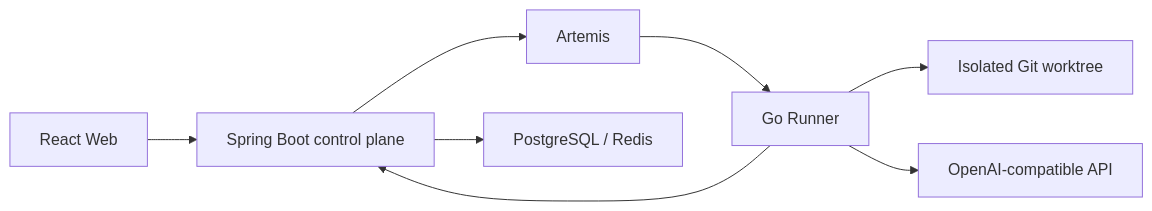
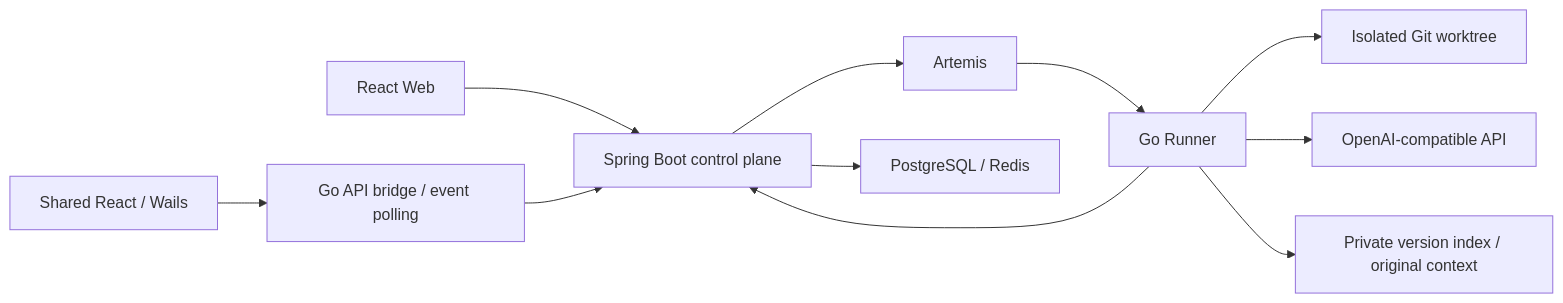
The diagram in README.en.md (lgcyuzusakura/proofcode), drawn with Mermaid before and after one commit. The commit also changed other lines of this file and 119 other files, not shown here.

````diff
--- a/README.en.md
+++ b/README.en.md
@@ -129,10 +168,12 @@
 ```mermaid
 flowchart LR
     UI["React Web"] --> CP["Spring Boot control plane"]
+    NATIVE["Shared React / Wails"] --> BRIDGE["Go API bridge / event polling"] --> CP
     CP --> MQ["Artemis"]
     MQ --> RUN["Go Runner"]
     RUN --> WS["Isolated Git worktree"]
     RUN --> MODEL["OpenAI-compatible API"]
+    RUN --> CONTEXT["Private version index / original context"]
     RUN --> CP
     CP --> STORE["PostgreSQL / Redis"]
 ```
````
